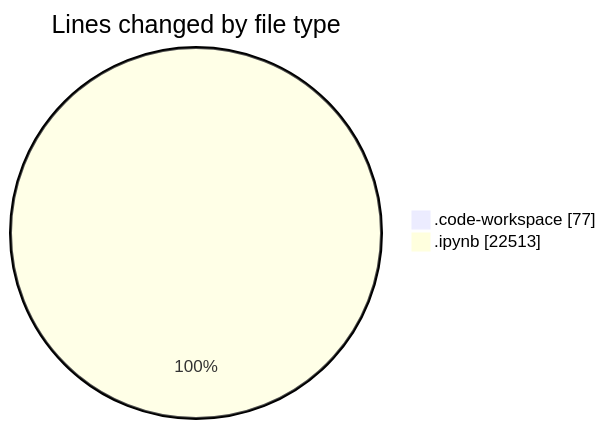
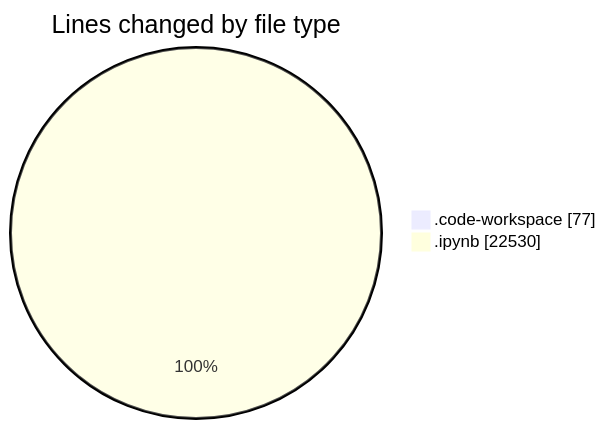
The first of 2 diagrams in 2025-03-14/myws__workspace_/README.md (MatusMokan/code-tracking), drawn with Mermaid before and after one commit. The commit also changed other lines of this file and 1 other file, not shown here.

````diff
--- a/2025-03-14/myws__workspace_/README.md
+++ b/2025-03-14/myws__workspace_/README.md
@@ -22,6 +22,6 @@
 ```mermaid
 pie showData
 title Lines changed by file type
 ".code-workspace" : 77
-".ipynb" : 22513
+".ipynb" : 22530
 ```
````
